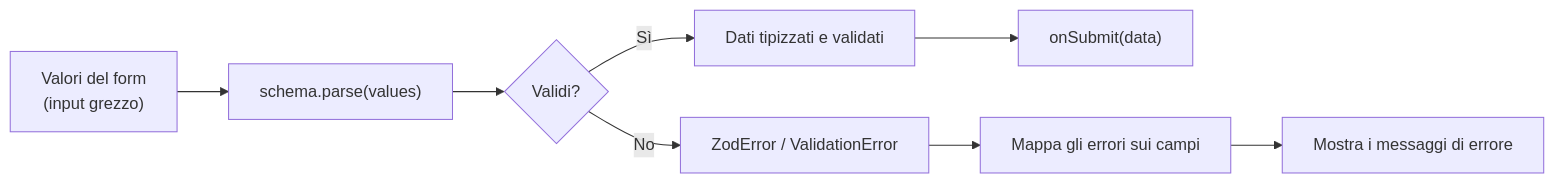
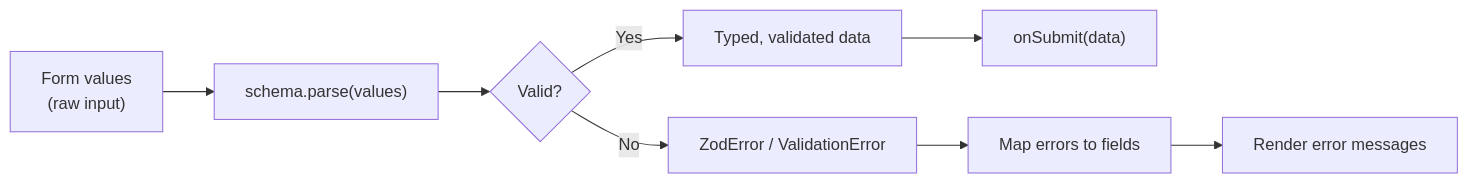
Before and after one commit to BabaScience/react-guides: the third of 5 diagrams in arguments/chapters/it/08-forms-and-validations.md, drawn with Mermaid. The commit also changed other lines of this file and 29 other files, not shown here.

First line of the commit message:
Bring React FR/IT translations to full English parity + theme-safe diagrams

````diff
--- a/arguments/chapters/it/08-forms-and-validations.md
+++ b/arguments/chapters/it/08-forms-and-validations.md
@@ -170,10 +1145,10 @@
 ```mermaid
 flowchart LR
-    A["Valori del form<br/>(input grezzo)"] --> B["schema.parse(values)"]
-    B --> C{"Validi?"}
-    C -->|Sì| D["Dati tipizzati e validati"]
+    A["Form values<br/>(raw input)"] --> B["schema.parse(values)"]
+    B --> C{"Valid?"}
+    C -->|Yes| D["Typed, validated data"]
     D --> E["onSubmit(data)"]
     C -->|No| F["ZodError / ValidationError"]
-    F --> G["Mappa gli errori sui campi"]
-    G --> H["Mostra i messaggi di errore"]
+    F --> G["Map errors to fields"]
+    G --> H["Render error messages"]
 ```
````
